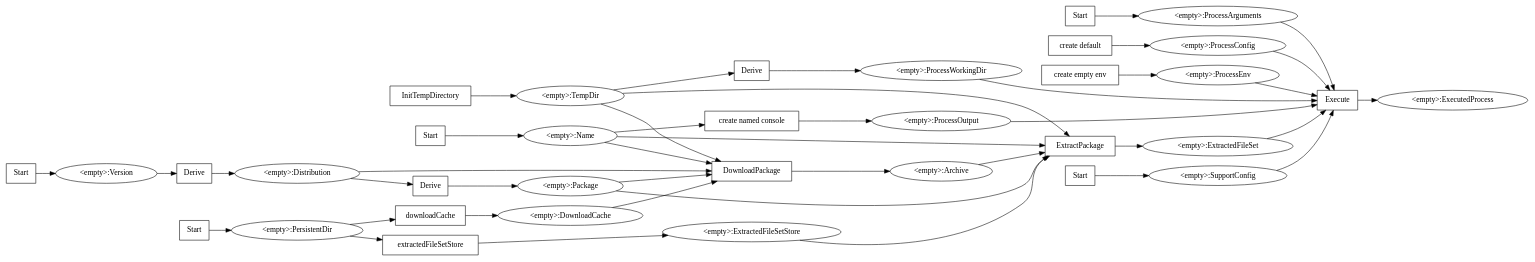
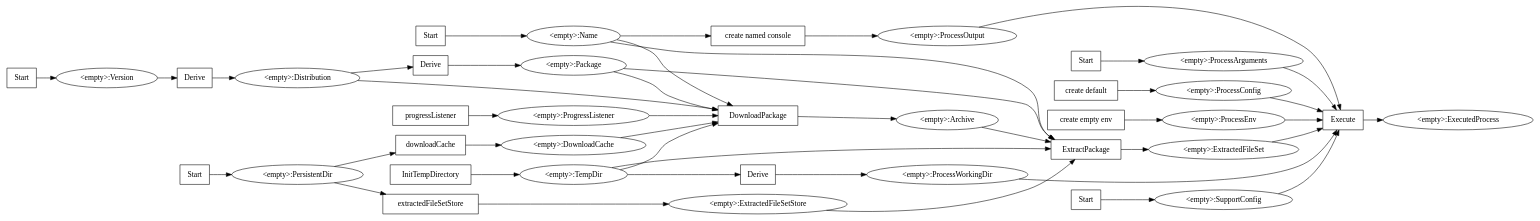
One commit to flapdoodle-oss/de.flapdoodle.embed.process changed the second of 2 diagrams in HowToRunAProcess.md. Above: the diagram before and after it, drawn with Graphviz. The commit also changed other lines of this file and 5 other files, not shown here.

````diff
--- a/HowToRunAProcess.md
+++ b/HowToRunAProcess.md
@@ -210,6 +218,7 @@
 	"<empty>:class de.flapdoodle.embed.process.types.ProcessEnv"[ shape="ellipse", label="<empty>:ProcessEnv" ];
 	"<empty>:interface de.flapdoodle.embed.process.io.ProcessOutput"[ shape="ellipse", label="<empty>:ProcessOutput" ];
 	"<empty>:class de.flapdoodle.embed.process.types.ProcessWorkingDir"[ shape="ellipse", label="<empty>:ProcessWorkingDir" ];
+	"<empty>:interface de.flapdoodle.embed.process.io.progress.ProgressListener"[ shape="ellipse", label="<empty>:ProgressListener" ];
 	"<empty>:interface de.flapdoodle.embed.process.config.SupportConfig"[ shape="ellipse", label="<empty>:SupportConfig" ];
 	"<empty>:class de.flapdoodle.embed.process.io.directories.TempDir"[ shape="ellipse", label="<empty>:TempDir" ];
 	"<empty>:interface de.flapdoodle.embed.process.distribution.Version"[ shape="ellipse", label="<empty>:Version" ];
@@ -230,6 +239,7 @@
 	"de.flapdoodle.reverse.transitions.ImmutableDerive:3"[ shape="rectangle", label="create named console" ];
 	"de.flapdoodle.reverse.transitions.ImmutableDerive:4"[ shape="rectangle", label="downloadCache" ];
 	"de.flapdoodle.reverse.transitions.ImmutableDerive:5"[ shape="rectangle", label="extractedFileSetStore" ];
+	"de.flapdoodle.reverse.transitions.ImmutableStart:7"[ shape="rectangle", label="progressListener" ];
 
 	"<empty>:class de.flapdoodle.embed.process.types.Archive" -> "de.flapdoodle.embed.process.transitions.ImmutableExtractPackage:0";
 	"<empty>:class de.flapdoodle.embed.process.distribution.Distribution" -> "de.flapdoodle.reverse.transitions.ImmutableDerive:1";
@@ -249,6 +259,7 @@
 	"<empty>:class de.flapdoodle.embed.process.types.ProcessEnv" -> "de.flapdoodle.embed.process.transitions.ImmutableExecuter:0";
 	"<empty>:interface de.flapdoodle.embed.process.io.ProcessOutput" -> "de.flapdoodle.embed.process.transitions.ImmutableExecuter:0";
 	"<empty>:class de.flapdoodle.embed.process.types.ProcessWorkingDir" -> "de.flapdoodle.embed.process.transitions.ImmutableExecuter:0";
+	"<empty>:interface de.flapdoodle.embed.process.io.progress.ProgressListener" -> "de.flapdoodle.embed.process.transitions.ImmutableDownloadPackage:0";
 	"<empty>:interface de.flapdoodle.embed.process.config.SupportConfig" -> "de.flapdoodle.embed.process.transitions.ImmutableExecuter:0";
 	"<empty>:class de.flapdoodle.embed.process.io.directories.TempDir" -> "de.flapdoodle.reverse.transitions.ImmutableDerive:0";
 	"<empty>:class de.flapdoodle.embed.process.io.directories.TempDir" -> "de.flapdoodle.embed.process.transitions.ImmutableDownloadPackage:0";
@@ -271,6 +282,7 @@
 	"de.flapdoodle.reverse.transitions.ImmutableDerive:3" -> "<empty>:interface de.flapdoodle.embed.process.io.ProcessOutput";
 	"de.flapdoodle.reverse.transitions.ImmutableDerive:4" -> "<empty>:interface de.flapdoodle.embed.process.store.DownloadCache";
 	"de.flapdoodle.reverse.transitions.ImmutableDerive:5" -> "<empty>:interface de.flapdoodle.embed.process.store.ExtractedFileSetStore";
+	"de.flapdoodle.reverse.transitions.ImmutableStart:7" -> "<empty>:interface de.flapdoodle.embed.process.io.progress.ProgressListener";
 }
 
 ```
````
